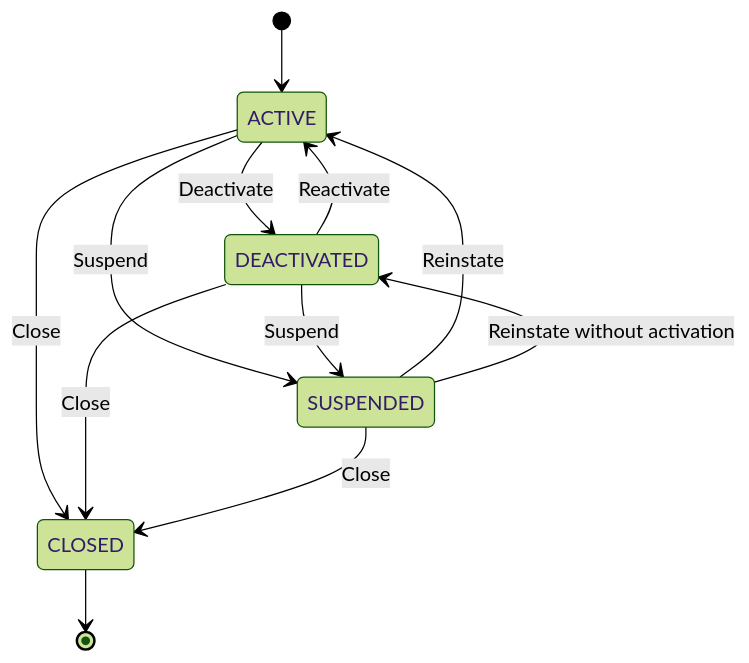
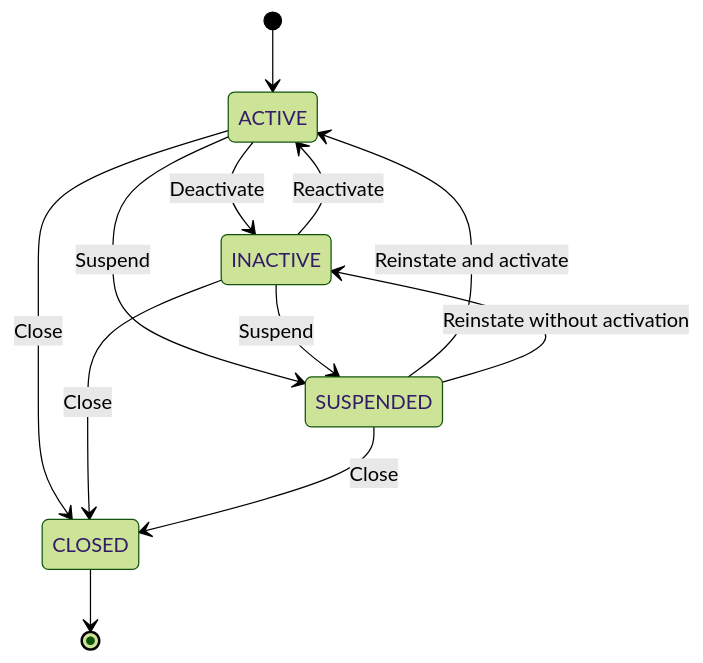
Before and after one commit to quangnt03/MarketplaceXL-spring-ms: the fourth of 16 diagrams in docs/md/05_transactions_and_state.md, drawn with Mermaid (forest theme). The commit also changed other lines of this file and 3 other files, not shown here.

````diff
--- a/docs/md/05_transactions_and_state.md
+++ b/docs/md/05_transactions_and_state.md
@@ -69,19 +82,19 @@
 ```mermaid
 stateDiagram-v2
     [*] --> ACTIVE
 
-    ACTIVE --> DEACTIVATED: Deactivate
-    DEACTIVATED --> ACTIVE: Reactivate
+    ACTIVE --> INACTIVE: Deactivate
+    INACTIVE --> ACTIVE: Reactivate
 
     ACTIVE --> SUSPENDED: Suspend
-    DEACTIVATED --> SUSPENDED: Suspend
+    INACTIVE --> SUSPENDED: Suspend
 
-    SUSPENDED --> ACTIVE: Reinstate
-    SUSPENDED --> DEACTIVATED: Reinstate without activation
+    SUSPENDED --> ACTIVE: Reinstate and activate
+    SUSPENDED --> INACTIVE: Reinstate without activation
 
     ACTIVE --> CLOSED: Close
-    DEACTIVATED --> CLOSED: Close
+    INACTIVE --> CLOSED: Close
     SUSPENDED --> CLOSED: Close
 
     CLOSED --> [*]
 ```
````
